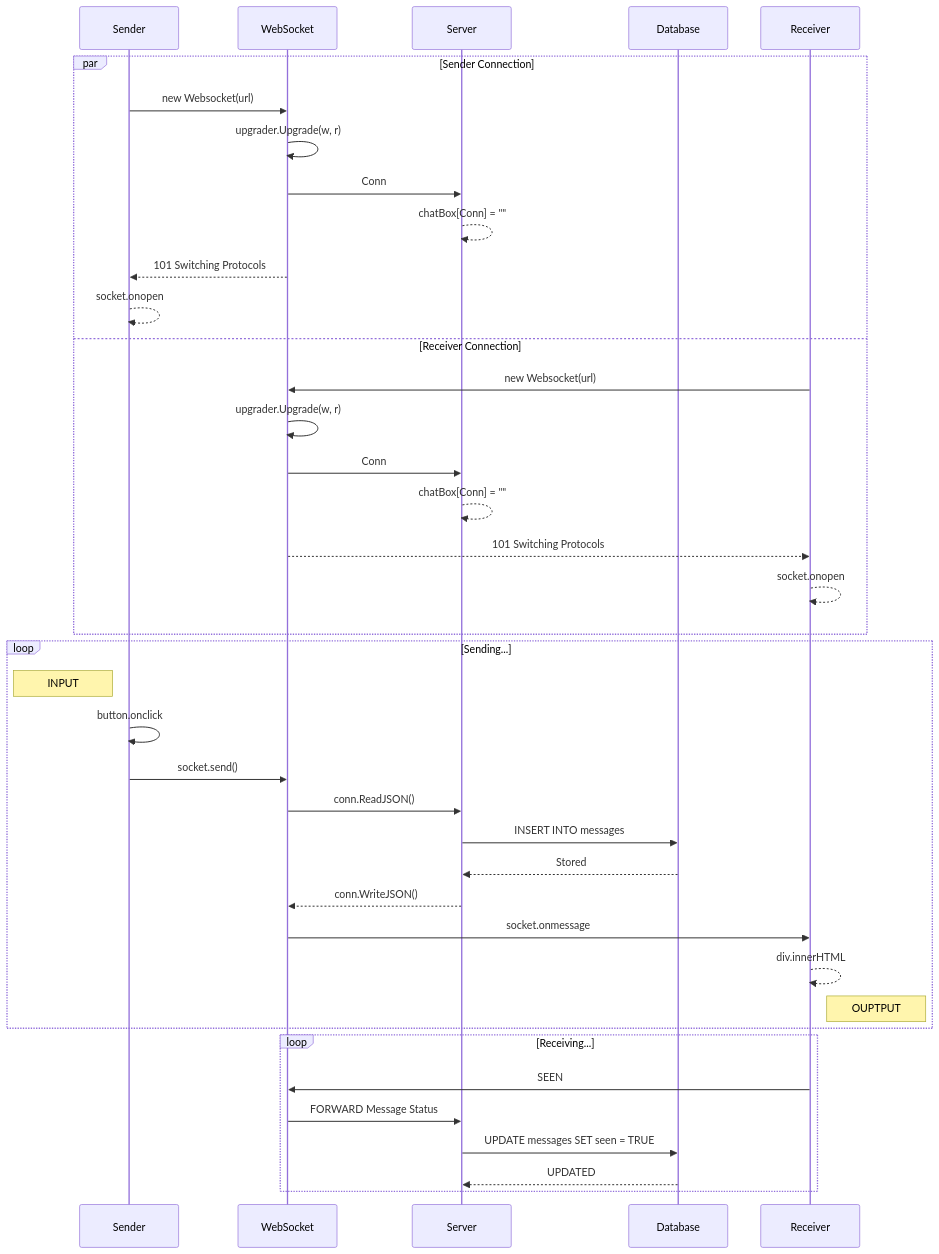
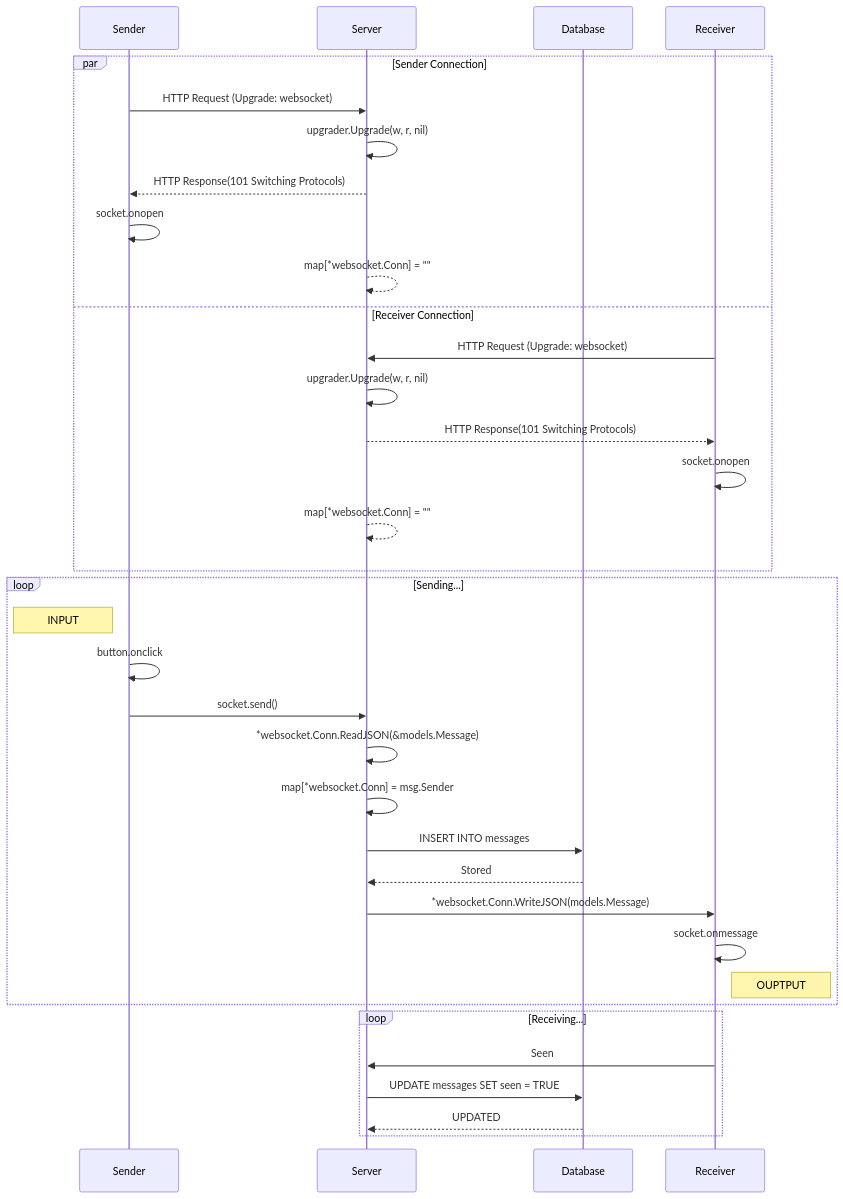
The eighth of 10 diagrams in README.md (mamadbah2/social-network), drawn with Mermaid before and after one commit. The commit also changed other lines of this file and 1 other file, not shown here.

````diff
--- a/README.md
+++ b/README.md
@@ -398,44 +397,40 @@
 ```mermaid
 sequenceDiagram
     Participant Sender
-    Participant WebSocket
     Participant Server
     Participant Database
     Participant Receiver
 
     par Sender Connection
-        Sender ->> WebSocket: new Websocket(url)
-        WebSocket ->> WebSocket: upgrader.Upgrade(w, r)
-        WebSocket ->> Server: Conn
-        Server -->> Server: chatBox[Conn] = ""
-        WebSocket -->> Sender: 101 Switching Protocols
-        Sender -->> Sender: socket.onopen
+        Sender ->> Server: HTTP Request (Upgrade: websocket)
+        Server ->> Server: upgrader.Upgrade(w, r, nil)
+        Server -->> Sender: HTTP Response(101 Switching Protocols)
+        Sender ->> Sender: socket.onopen
+        Server -->> Server: map[*websocket.Conn] = ""
     and Receiver Connection
-        Receiver ->> WebSocket: new Websocket(url)
-        WebSocket ->> WebSocket: upgrader.Upgrade(w, r)
-        WebSocket ->> Server: Conn
-        Server -->> Server: chatBox[Conn] = ""
-        WebSocket -->> Receiver: 101 Switching Protocols
-        Receiver -->> Receiver: socket.onopen
+        Receiver ->> Server: HTTP Request (Upgrade: websocket)
+        Server ->> Server: upgrader.Upgrade(w, r, nil)
+        Server -->> Receiver: HTTP Response(101 Switching Protocols)
+        Receiver ->> Receiver: socket.onopen
+        Server -->> Server: map[*websocket.Conn] = ""
     end
 
     loop Sending...
         Note left of Sender: INPUT
         Sender ->> Sender: button.onclick
-        Sender ->> WebSocket: socket.send()
-        WebSocket ->> Server: conn.ReadJSON()
+        Sender ->> Server: socket.send()
+       Server ->> Server: *websocket.Conn.ReadJSON(&models.Message)
+        Server ->> Server: map[*websocket.Conn] = msg.Sender
         Server ->> Database: INSERT INTO messages
         Database -->> Server: Stored
-        Server -->> WebSocket: conn.WriteJSON()
-        WebSocket ->> Receiver: socket.onmessage
-        Receiver -->> Receiver: div.innerHTML
+        Server ->> Receiver: *websocket.Conn.WriteJSON(models.Message)
+       Receiver ->> Receiver: socket.onmessage
         Note right of Receiver: OUPTPUT
     end
 
     loop Receiving...
-        Receiver ->> WebSocket: SEEN
-        WebSocket ->> Server: FORWARD Message Status
+        Receiver ->> Server: Seen
         Server ->> Database: UPDATE messages SET seen = TRUE
         Database -->> Server: UPDATED
     end
 ```
````
